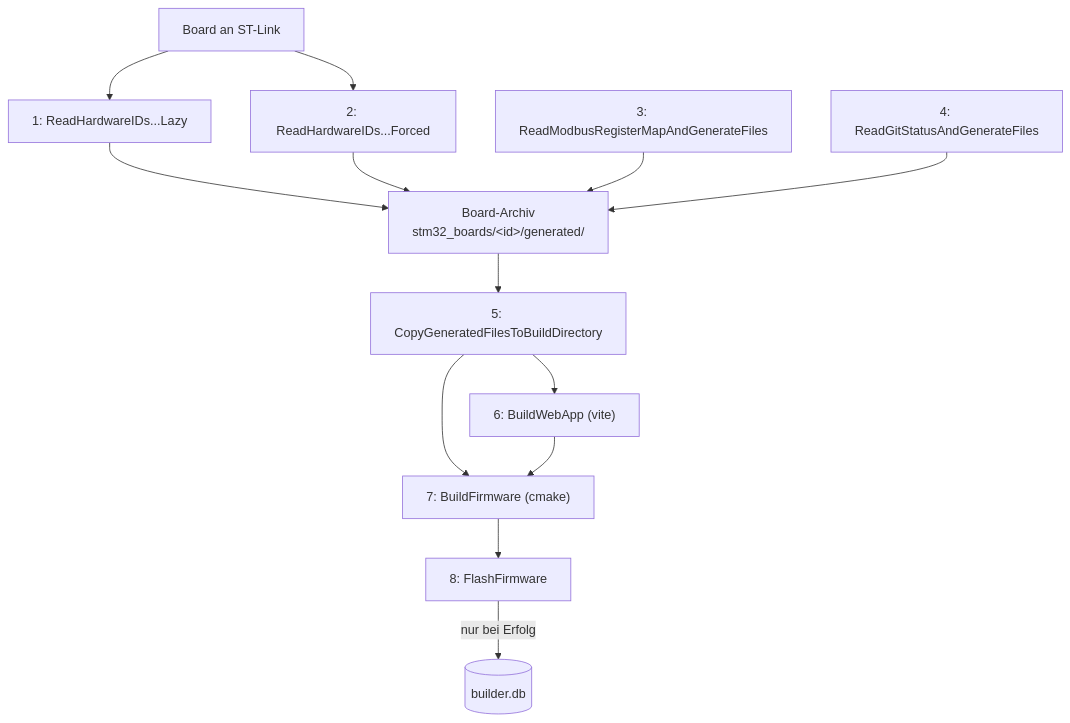
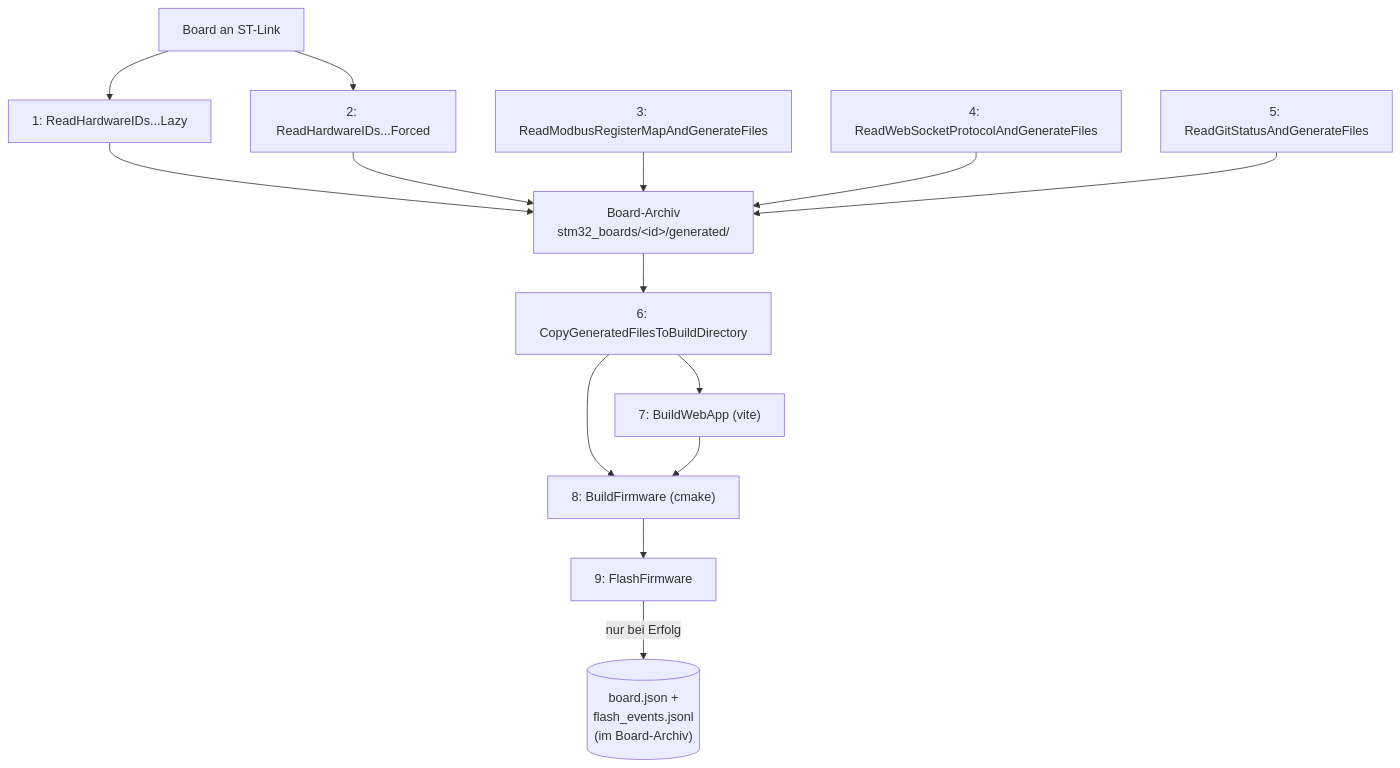
Before and after one commit to klaus-liebler/factory_in_a_box: the diagram in firmware_factory_control_unit/docs/build-process.md, drawn with Mermaid. The commit also changed other lines of this file and 61 other files, not shown here.

````diff
--- a/firmware_factory_control_unit/docs/build-process.md
+++ b/firmware_factory_control_unit/docs/build-process.md
@@ -76,27 +84,29 @@
 ```mermaid
 flowchart TD
     HW["Board an ST-Link"]
     L1["1: ReadHardwareIDs...Lazy"]
     L2["2: ReadHardwareIDs...Forced"]
     RM["3: ReadModbusRegisterMapAndGenerateFiles"]
-    GS["4: ReadGitStatusAndGenerateFiles"]
+    WSP["4: ReadWebSocketProtocolAndGenerateFiles"]
+    GS["5: ReadGitStatusAndGenerateFiles"]
     ARCHIVE["Board-Archiv\nstm32_boards/&lt;id&gt;/generated/"]
-    COPY["5: CopyGeneratedFilesToBuildDirectory"]
-    WEB["6: BuildWebApp (vite)"]
-    FW["7: BuildFirmware (cmake)"]
-    FLASH["8: FlashFirmware"]
-    DB[("builder.db")]
+    COPY["6: CopyGeneratedFilesToBuildDirectory"]
+    WEB["7: BuildWebApp (vite)"]
+    FW["8: BuildFirmware (cmake)"]
+    FLASH["9: FlashFirmware"]
+    BOARDJSON[("board.json +\nflash_events.jsonl\n(im Board-Archiv)")]
 
     HW --> L1
     HW --> L2
     L1 --> ARCHIVE
     L2 --> ARCHIVE
     RM --> ARCHIVE
+    WSP --> ARCHIVE
     GS --> ARCHIVE
     ARCHIVE --> COPY
     COPY --> WEB
     COPY --> FW
     WEB --> FW
     FW --> FLASH
-    FLASH -->|"nur bei Erfolg"| DB
+    FLASH -->|"nur bei Erfolg"| BOARDJSON
 ```
````
